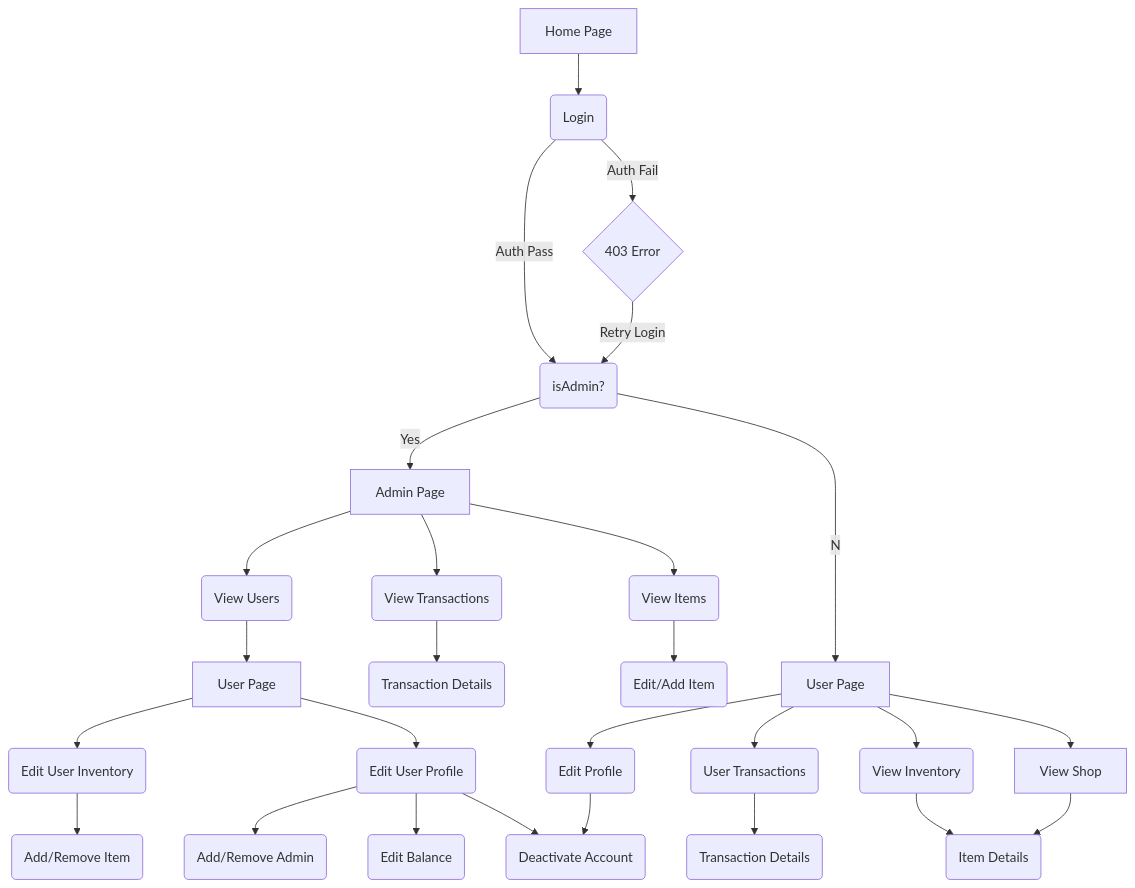
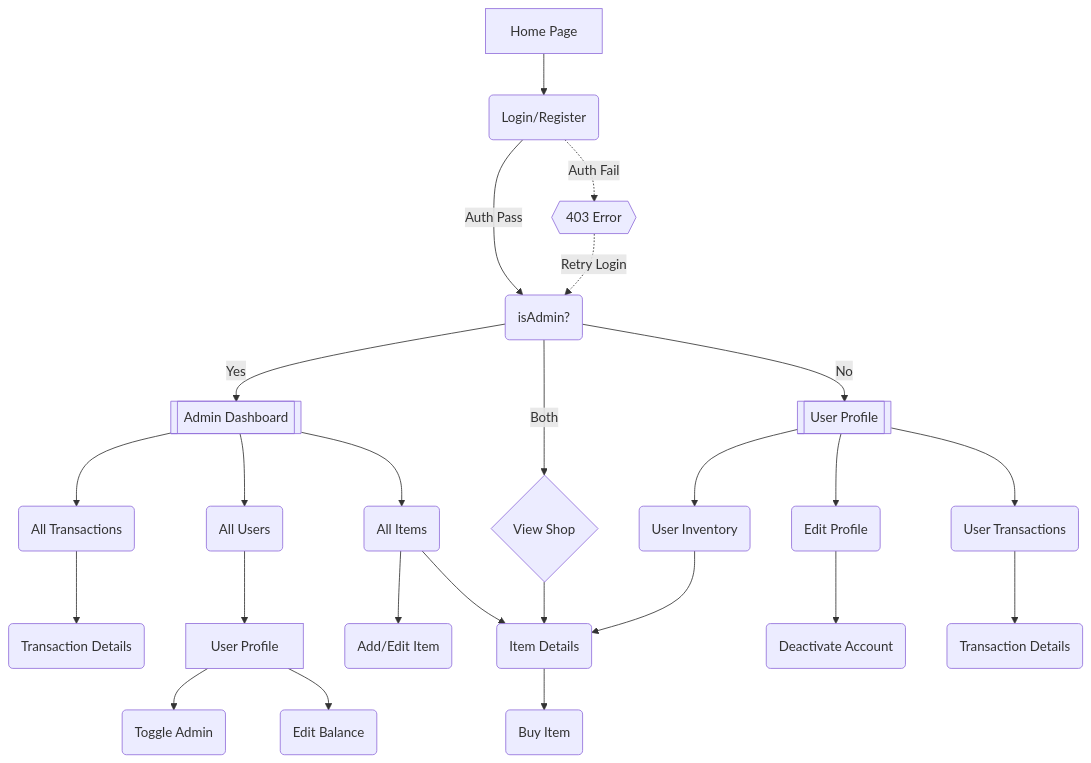
Before and after one commit to Rajayne/CapstoneShopkeyp: the diagram in README.md, drawn with Mermaid. The commit also changed 7 other files, not shown here.

Commit message:
Create admin toggle button on user details page in admin dashboard

````diff
--- a/README.md
+++ b/README.md
@@ -45,23 +45,21 @@
 ```mermaid
 graph TD
-A[Home Page] --> C(Login)
-C -- Auth Pass --> D(isAdmin?)
-C -- Auth Fail --> E{403 Error}
-E -- Retry Login --> D
-D -- Yes --> F[Admin Page]
-D -- No--> G[User Page]
-F --> H(View Transactions) --> I(Transaction Details)
-F --> J(View Items) --> K(Edit/Add Item)
-F --> L(View Users) --> M[User Page]
-M --> N(Edit User Inventory)
-N --> O(Add/Remove Item)
-M --> P(Edit User Profile) 
-P --> Q(Add/Remove Admin)
-P --> R(Edit Balance)
-P --> S
-G --> U(Edit Profile)
-U --> S(Deactivate Account)
-G --> V(User Transactions) --> W(Transaction Details)
-G --> X(View Inventory) --> Y(Item Details)
-G --> Z[View Shop] --> Y
+A[Home Page] --> B(Login/Register)
+B -- Auth Pass --> D(isAdmin?)
+B -. Auth Fail .-> C{{403 Error}}
+C -. Retry Login .-> D
+D -- Yes --> E[[Admin Dashboard]]
+D -- Both --> F{View Shop}
+D -- No --> G[[User Profile]]
+E --> H(All Transactions) --> I(Transaction Details)
+E --> J(All Users) --> K[User Profile]
+K --> O(Toggle Admin)
+K --> P(Edit Balance)
+E --> L(All Items) --> M(Add/Edit Item)
+L --> N(Item Details) --> V(Buy Item)
+F --> N
+G --> Q(Edit Profile)
+Q --> R(Deactivate Account)
+G --> S(User Inventory) --> N
+G --> T(User Transactions) --> U(Transaction Details)
 ```
````
